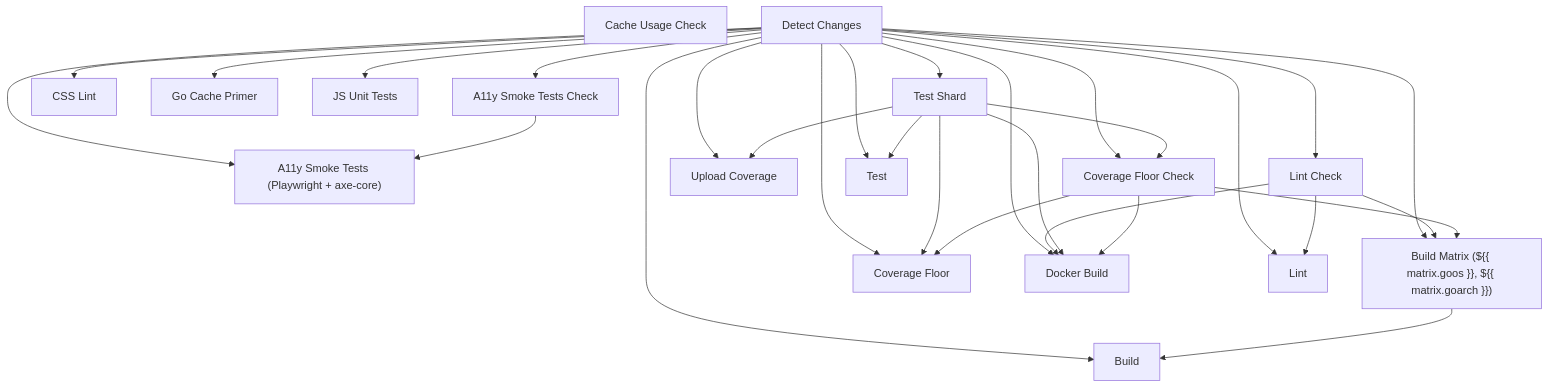
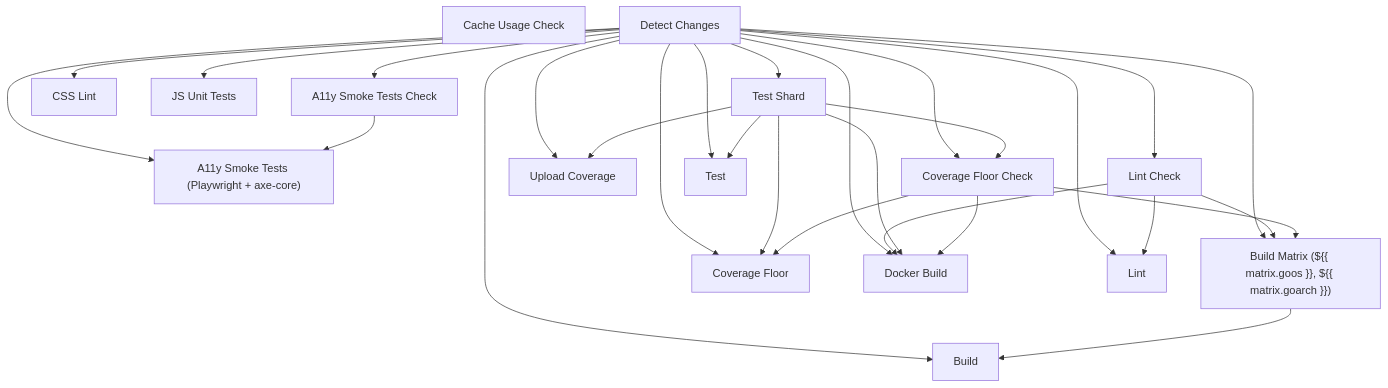
One commit to sydlexius/stillwater changed the diagram in docs/_generated/ci-reference.md. Above: the diagram before and after it, drawn with Mermaid. The commit also changed 2 other files, not shown here.

First paragraph of the commit message:
ci: EXPERIMENT -- measure the primer DELETED outright (#2829)
Third config in the series: the primer job is removed entirely, rather than
gated to push. This gives the gate-vs-delete question its first real number;
the preference for gating has so far rested on mechanism alone.

````diff
--- a/docs/_generated/ci-reference.md
+++ b/docs/_generated/ci-reference.md
@@ -9,49 +9,47 @@
 ```mermaid
 flowchart TD
     a11y_summary["A11y Smoke Tests (Playwright + axe-core)"]
     a11y_test["A11y Smoke Tests Check"]
     build["Build"]
     build_matrix["Build Matrix (${{ matrix.goos }}, ${{ matrix.goarch }})"]
     cache_usage["Cache Usage Check"]
     changes["Detect Changes"]
     coverage_floor["Coverage Floor Check"]
     coverage_floor_summary["Coverage Floor"]
     coverage_upload["Upload Coverage"]
     css_lint["CSS Lint"]
     docker["Docker Build"]
-    go_cache_primer["Go Cache Primer"]
     js_test["JS Unit Tests"]
     lint["Lint Check"]
     lint_summary["Lint"]
     test["Test Shard"]
     test_summary["Test"]
 
     changes --> a11y_summary
     a11y_test --> a11y_summary
     changes --> a11y_test
     changes --> build
     build_matrix --> build
     changes --> build_matrix
     lint --> build_matrix
     coverage_floor --> build_matrix
     changes --> coverage_floor
     test --> coverage_floor
     changes --> coverage_floor_summary
     test --> coverage_floor_summary
     coverage_floor --> coverage_floor_summary
     changes --> coverage_upload
     test --> coverage_upload
     changes --> css_lint
     changes --> docker
     lint --> docker
     test --> docker
     coverage_floor --> docker
-    changes --> go_cache_primer
     changes --> js_test
     changes --> lint
     changes --> lint_summary
     lint --> lint_summary
     changes --> test
     changes --> test_summary
     test --> test_summary
 ```
````
